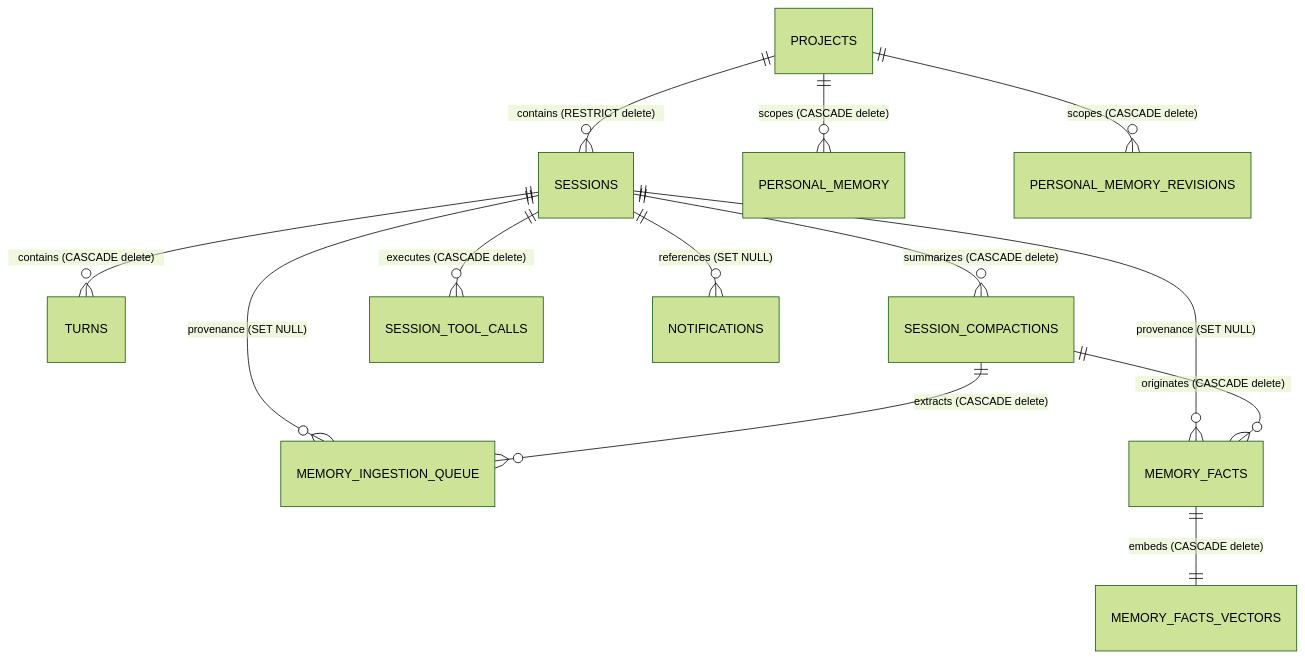
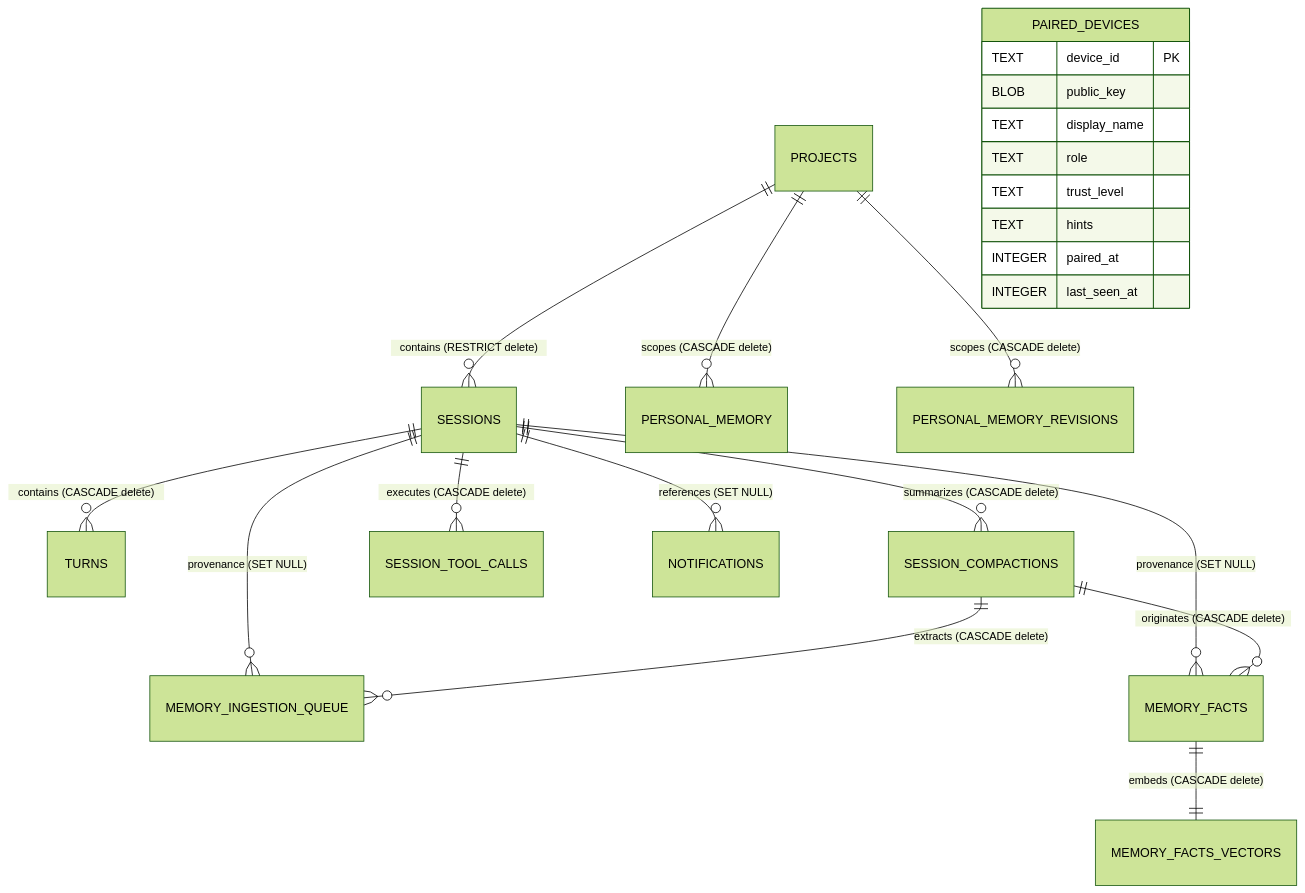
Before and after one commit to addy-47/vox: the first of 3 diagrams in docs/specs/db-spec.md, drawn with Mermaid (forest theme). The commit also changed other lines of this file and 83 other files, not shown here.

````diff
--- a/docs/specs/db-spec.md
+++ b/docs/specs/db-spec.md
@@ -35,18 +35,29 @@
 ```mermaid
 erDiagram
     PROJECTS ||--o{ SESSIONS : "contains (RESTRICT delete)"
     PROJECTS ||--o{ PERSONAL_MEMORY : "scopes (CASCADE delete)"
     PROJECTS ||--o{ PERSONAL_MEMORY_REVISIONS : "scopes (CASCADE delete)"
     
     SESSIONS ||--o{ TURNS : "contains (CASCADE delete)"
     SESSIONS ||--o{ SESSION_COMPACTIONS : "summarizes (CASCADE delete)"
     SESSIONS ||--o{ SESSION_TOOL_CALLS : "executes (CASCADE delete)"
     SESSIONS ||--o{ MEMORY_INGESTION_QUEUE : "provenance (SET NULL)"
     SESSIONS ||--o{ MEMORY_FACTS : "provenance (SET NULL)"
     SESSIONS ||--o{ NOTIFICATIONS : "references (SET NULL)"
     
     SESSION_COMPACTIONS ||--o{ MEMORY_INGESTION_QUEUE : "extracts (CASCADE delete)"
     SESSION_COMPACTIONS ||--o{ MEMORY_FACTS : "originates (CASCADE delete)"
     
     MEMORY_FACTS ||--|| MEMORY_FACTS_VECTORS : "embeds (CASCADE delete)"
+
+    PAIRED_DEVICES {
+        TEXT device_id PK
+        BLOB public_key
+        TEXT display_name
+        TEXT role
+        TEXT trust_level
+        TEXT hints
+        INTEGER paired_at
+        INTEGER last_seen_at
+    }
 ```
````
